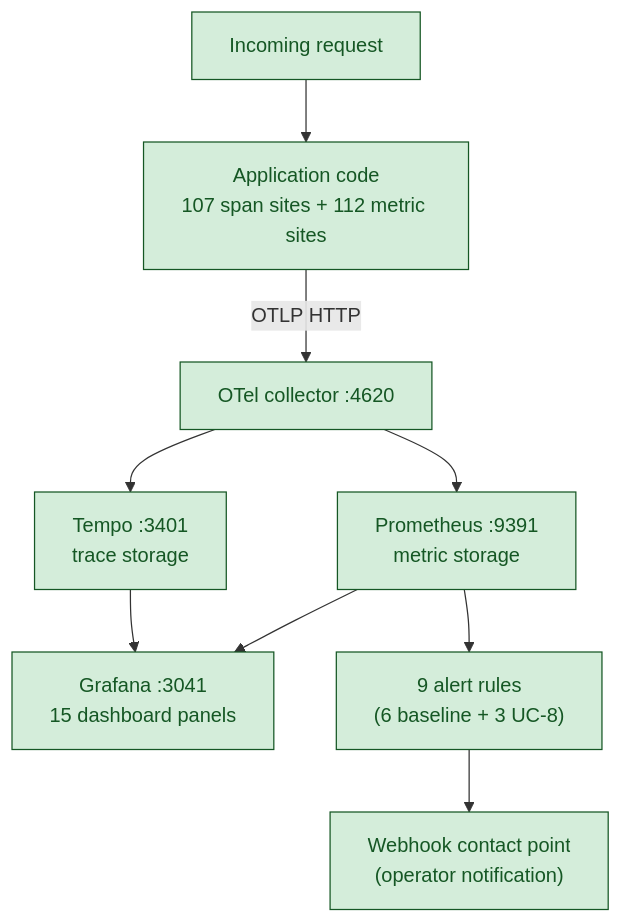
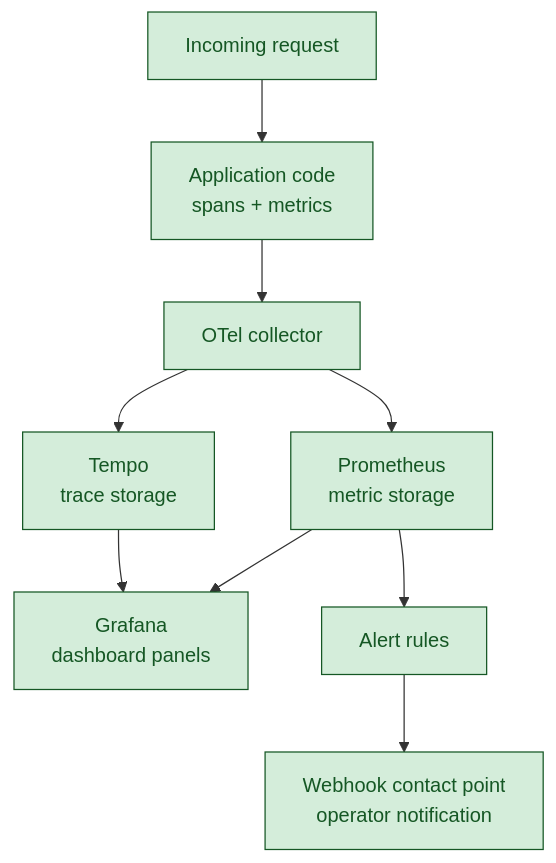
One commit to Kevinparashar/One-ops-NextGen changed the third of 7 diagrams in docs/MANAGEMENT-BRIEFING.md. Above: the diagram before and after it, drawn with Mermaid. The commit also changed other lines of this file and 1 other file, not shown here.

````diff
--- a/docs/MANAGEMENT-BRIEFING.md
+++ b/docs/MANAGEMENT-BRIEFING.md
@@ -226,20 +140,20 @@
 ```mermaid
 flowchart TD
     classDef shipped fill:#d4edda,stroke:#155724,color:#155724
     REQ["Incoming request"]:::shipped
-    CODE["Application code<br/>107 span sites + 112 metric sites"]:::shipped
-    OTLP["OTel collector :4620"]:::shipped
-    TEMPO["Tempo :3401<br/>trace storage"]:::shipped
-    PROM["Prometheus :9391<br/>metric storage"]:::shipped
-    GRAF["Grafana :3041<br/>15 dashboard panels"]:::shipped
-    ALERT["9 alert rules<br/>(6 baseline + 3 UC-8)"]:::shipped
-    ONCALL["Webhook contact point<br/>(operator notification)"]:::shipped
+    CODE["Application code<br/>spans + metrics"]:::shipped
+    OTLP["OTel collector"]:::shipped
+    TEMPO["Tempo<br/>trace storage"]:::shipped
+    PROM["Prometheus<br/>metric storage"]:::shipped
+    GRAF["Grafana<br/>dashboard panels"]:::shipped
+    ALERT["Alert rules"]:::shipped
+    ONCALL["Webhook contact point<br/>operator notification"]:::shipped
     REQ --> CODE
-    CODE -->|OTLP HTTP| OTLP
+    CODE --> OTLP
     OTLP --> TEMPO
     OTLP --> PROM
     PROM --> GRAF
     PROM --> ALERT
     TEMPO --> GRAF
     ALERT --> ONCALL
 ```
````
